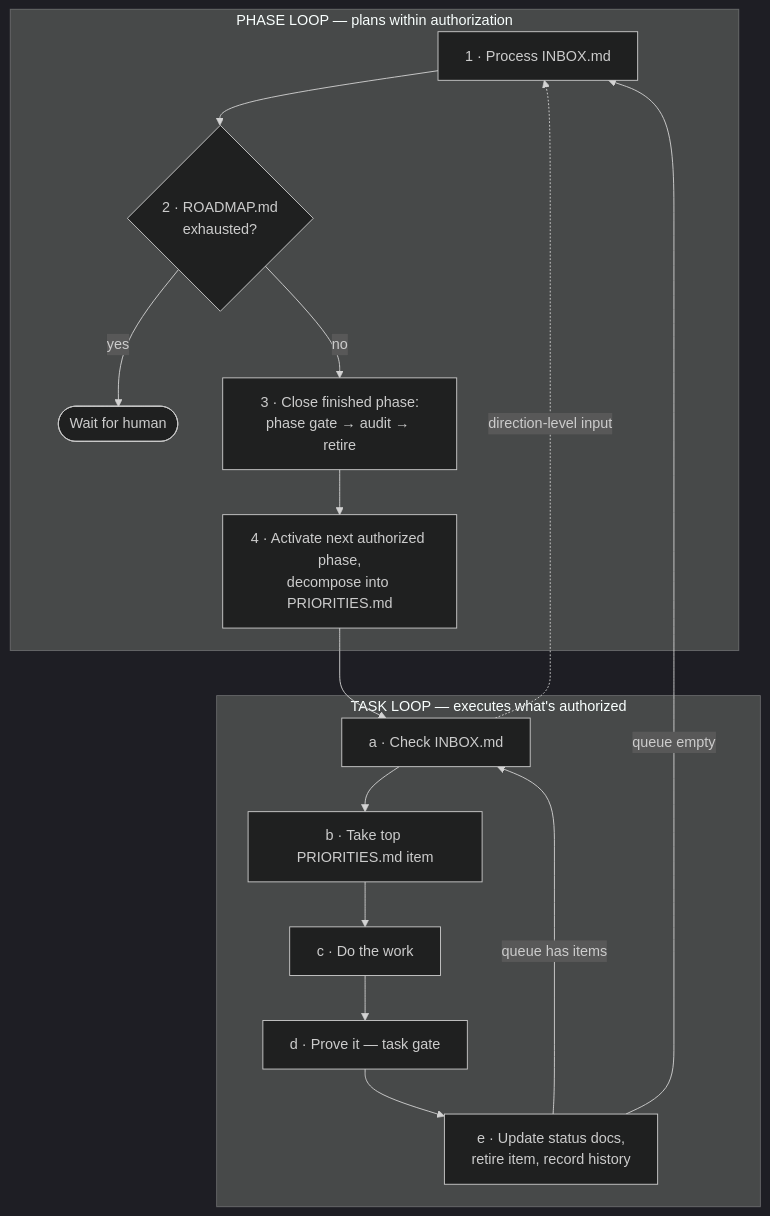
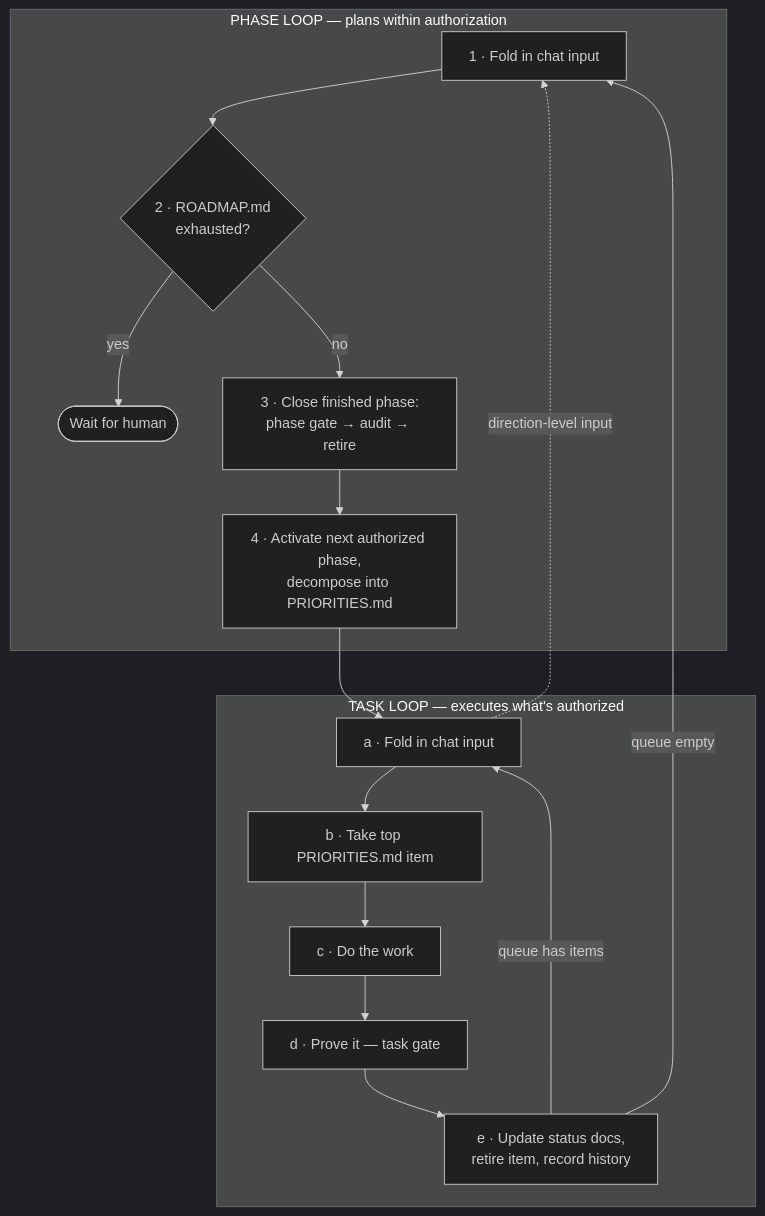
One commit to egger-meow/loop-engine changed the diagram in README.md. Above: the diagram before and after it, drawn with Mermaid (dark theme). The commit also changed other lines of this file and 21 other files, not shown here.

First line of the commit message:
docs: remove INBOX.md mailbox, steer running loops via chat instead

````diff
--- a/README.md
+++ b/README.md
@@ -80,19 +77,19 @@
 ```mermaid
 flowchart TB
     subgraph P["PHASE LOOP — plans within authorization"]
-        P1["1 · Process INBOX.md"] --> P2{"2 · ROADMAP.md<br>exhausted?"}
+        P1["1 · Fold in chat input"] --> P2{"2 · ROADMAP.md<br>exhausted?"}
         P2 -- yes --> P3(["Wait for human"])
         P2 -- no --> P4["3 · Close finished phase:<br>phase gate → audit → retire"]
         P4 --> P5["4 · Activate next authorized phase,<br>decompose into PRIORITIES.md"]
     end
     subgraph T["TASK LOOP — executes what's authorized"]
-        T1["a · Check INBOX.md"] --> T2["b · Take top PRIORITIES.md item"]
+        T1["a · Fold in chat input"] --> T2["b · Take top PRIORITIES.md item"]
         T2 --> T3["c · Do the work"]
         T3 --> T4["d · Prove it — task gate"]
         T4 --> T5["e · Update status docs,<br>retire item, record history"]
         T5 -- queue has items --> T1
     end
     P5 --> T1
     T5 -- queue empty --> P1
     T1 -. direction-level input .-> P1
 ```
````
